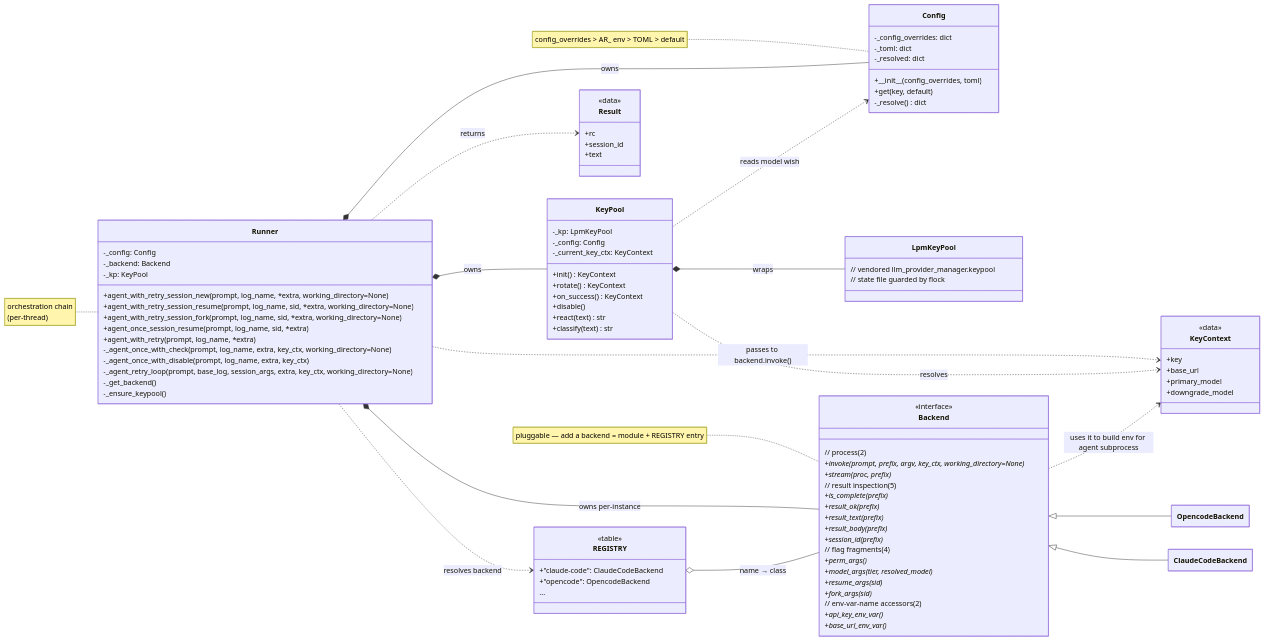
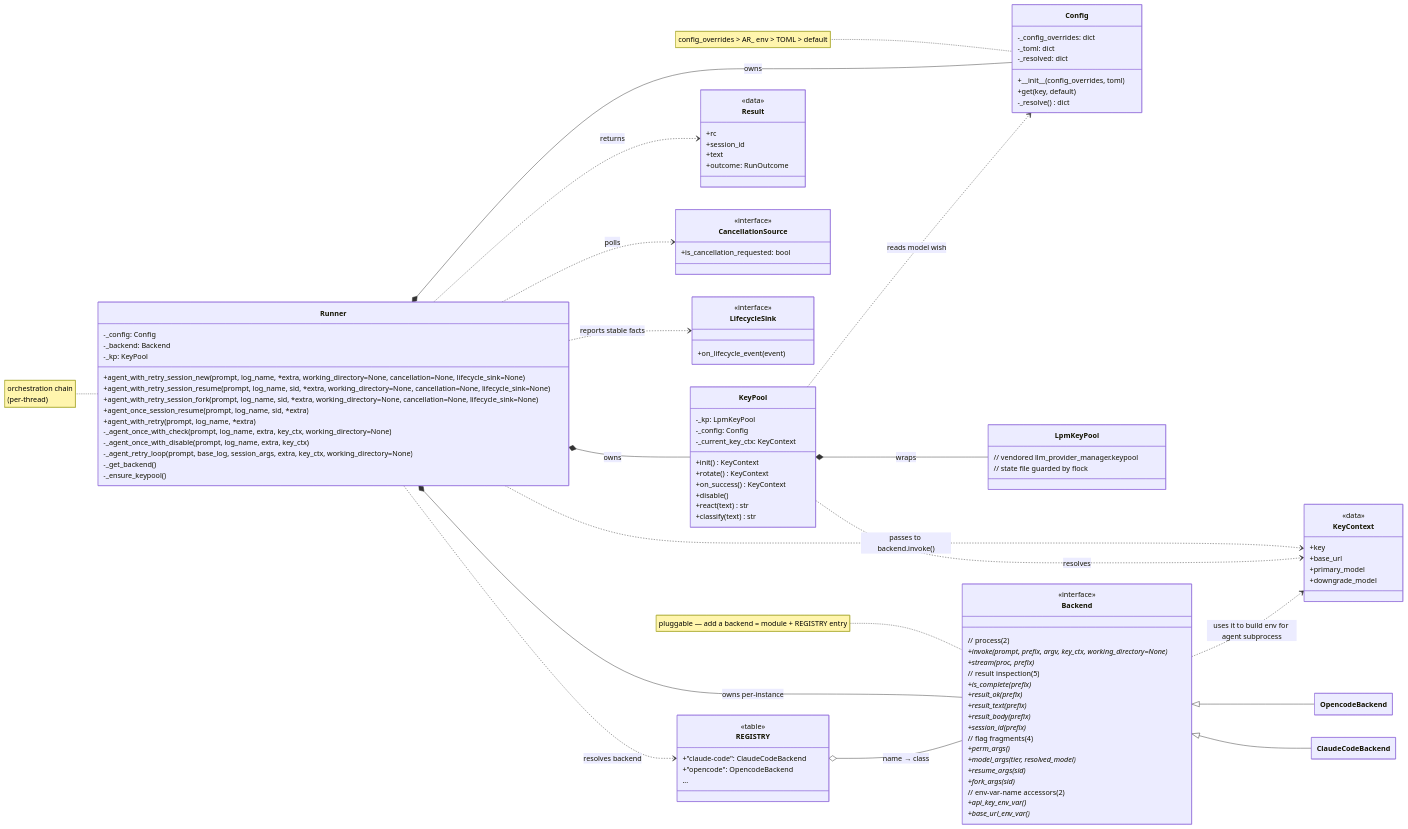
Before and after one commit to AI4SecResearch/agent-runner: the diagram in ARCHITECTURE.md, drawn with Mermaid. The commit also changed other lines of this file and 3 other files, not shown here.

```diff
--- a/ARCHITECTURE.md
+++ b/ARCHITECTURE.md
@@ -19,9 +19,9 @@
         -_config: Config
         -_backend: Backend
         -_kp: KeyPool
-        +agent_with_retry_session_new(prompt, log_name, *extra, working_directory=None)
-        +agent_with_retry_session_resume(prompt, log_name, sid, *extra, working_directory=None)
-        +agent_with_retry_session_fork(prompt, log_name, sid, *extra, working_directory=None)
+        +agent_with_retry_session_new(prompt, log_name, *extra, working_directory=None, cancellation=None, lifecycle_sink=None)
+        +agent_with_retry_session_resume(prompt, log_name, sid, *extra, working_directory=None, cancellation=None, lifecycle_sink=None)
+        +agent_with_retry_session_fork(prompt, log_name, sid, *extra, working_directory=None, cancellation=None, lifecycle_sink=None)
         +agent_once_session_resume(prompt, log_name, sid, *extra)
         +agent_with_retry(prompt, log_name, *extra)
         -_agent_once_with_check(prompt, log_name, extra, key_ctx, working_directory=None)
@@ -105,6 +105,17 @@
         +rc
         +session_id
         +text
+        +outcome: RunOutcome
+    }
+
+    class CancellationSource {
+        <<interface>>
+        +is_cancellation_requested: bool
+    }
+
+    class LifecycleSink {
+        <<interface>>
+        +on_lifecycle_event(event)
     }
 
     %% ── ownership / composition ──
@@ -120,6 +131,8 @@
 
     %% ── dependency / data flow ──
     Runner ..> Result : returns
+    Runner ..> CancellationSource : polls
+    Runner ..> LifecycleSink : reports stable facts
     Runner ..> KeyContext : passes to backend.invoke()
     Runner ..> REGISTRY : resolves backend
     KeyPool ..> Config : reads model wish
```
